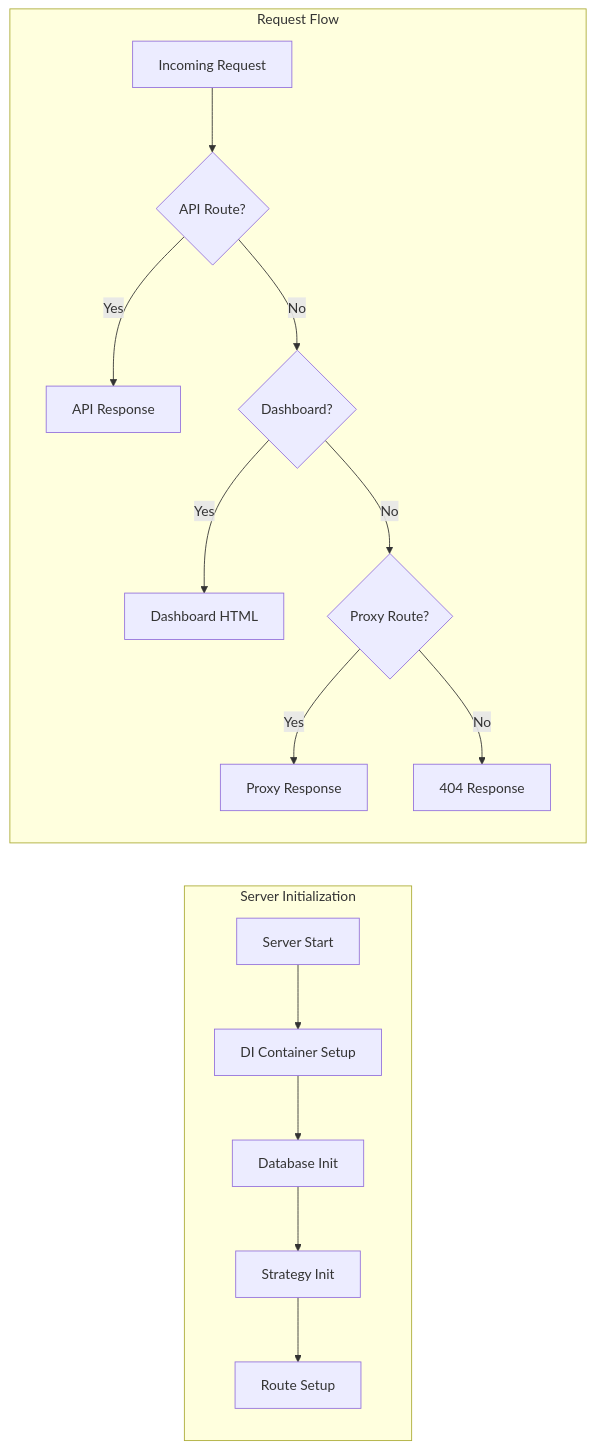
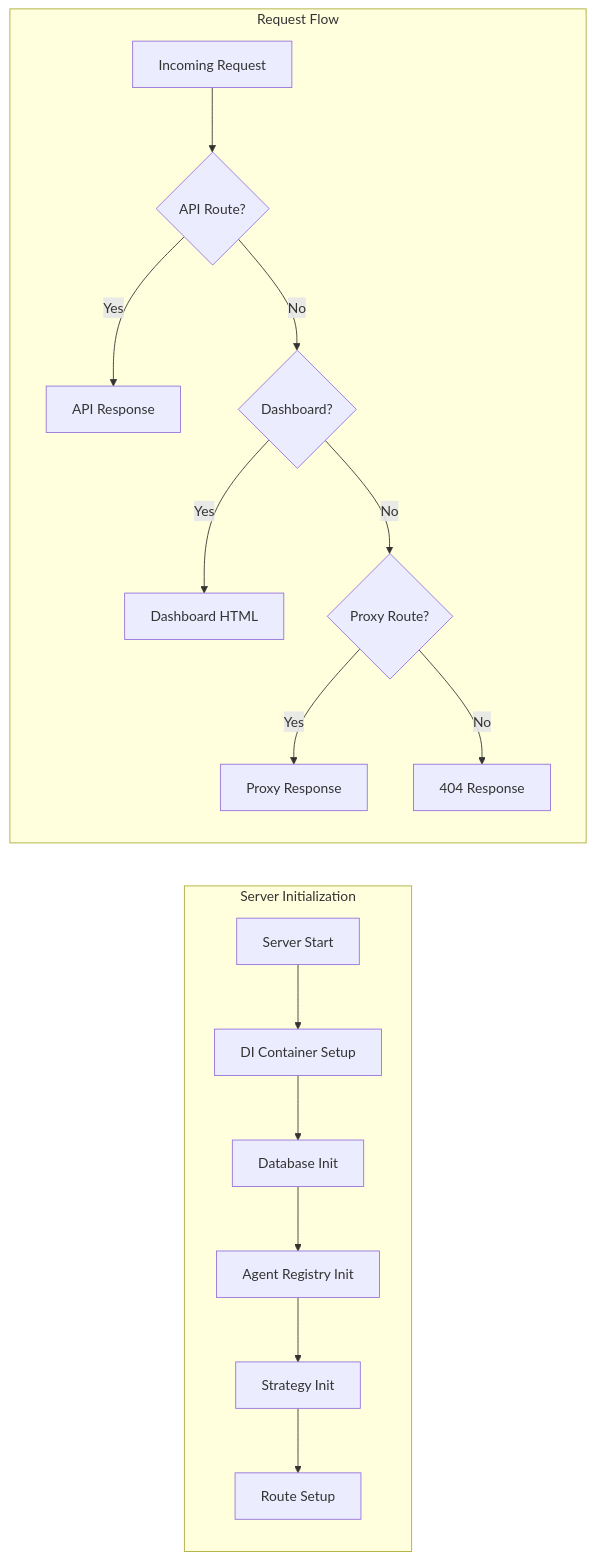
Before and after one commit to tombii/better-ccflare: the third of 25 diagrams in docs/architecture.md, drawn with Mermaid. The commit also changed other lines of this file and 14 other files, not shown here.

First line of the commit message:
docs(docs): overhaul architecture and CLI documentation

````diff
--- a/docs/architecture.md
+++ b/docs/architecture.md
@@ -160,35 +180,37 @@
 ```mermaid
 graph LR
     subgraph "Server Initialization"
         START[Server Start]
         DI[DI Container Setup]
         DB_INIT[Database Init]
+        AGENT_INIT[Agent Registry Init]
         STRAT[Strategy Init]
         ROUTES[Route Setup]
     end
     
     START --> DI
     DI --> DB_INIT
-    DB_INIT --> STRAT
+    DB_INIT --> AGENT_INIT
+    AGENT_INIT --> STRAT
     STRAT --> ROUTES
     
     subgraph "Request Flow"
         REQ[Incoming Request]
         API_CHECK{API Route?}
         DASH_CHECK{Dashboard?}
         PROXY_CHECK{Proxy Route?}
         
         API_RESP[API Response]
         DASH_RESP[Dashboard HTML]
         PROXY_RESP[Proxy Response]
         NOT_FOUND[404 Response]
     end
     
     REQ --> API_CHECK
     API_CHECK -->|Yes| API_RESP
     API_CHECK -->|No| DASH_CHECK
     DASH_CHECK -->|Yes| DASH_RESP
     DASH_CHECK -->|No| PROXY_CHECK
     PROXY_CHECK -->|Yes| PROXY_RESP
     PROXY_CHECK -->|No| NOT_FOUND
 ```
````
